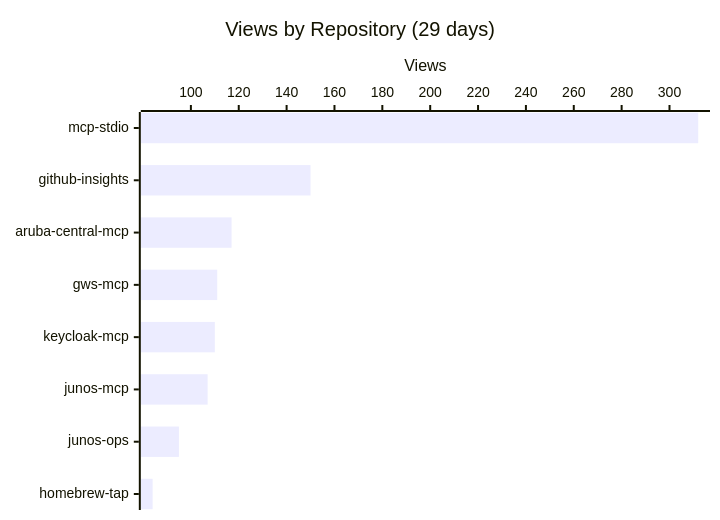
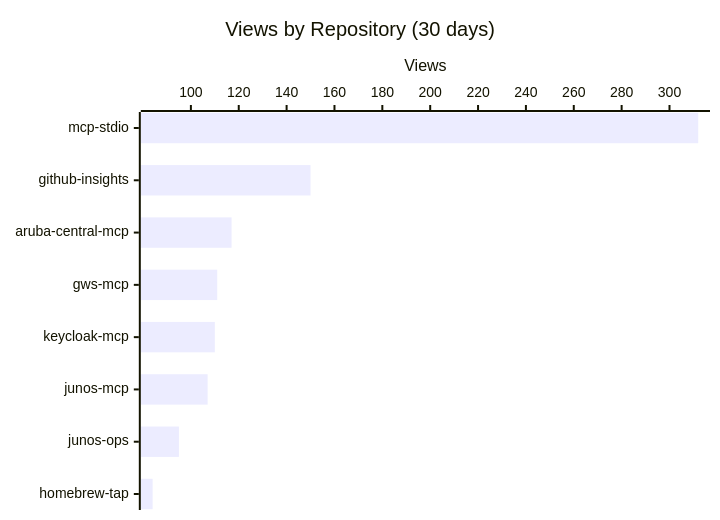
Before and after one commit to shigechika/github-insights: the first of 3 diagrams in README.md, drawn with Mermaid. The commit also changed other lines of this file and 1 other file, not shown here.

````diff
--- a/README.md
+++ b/README.md
@@ -12,7 +12,7 @@
 ```mermaid
 xychart-beta horizontal
-    title "Views by Repository (29 days)"
+    title "Views by Repository (30 days)"
     x-axis ["mcp-stdio", "github-insights", "aruba-central-mcp", "gws-mcp", "keycloak-mcp", "junos-mcp", "junos-ops", "homebrew-tap"]
     y-axis "Views"
     bar [312, 150, 117, 111, 110, 107, 95, 84]
 ```
````
